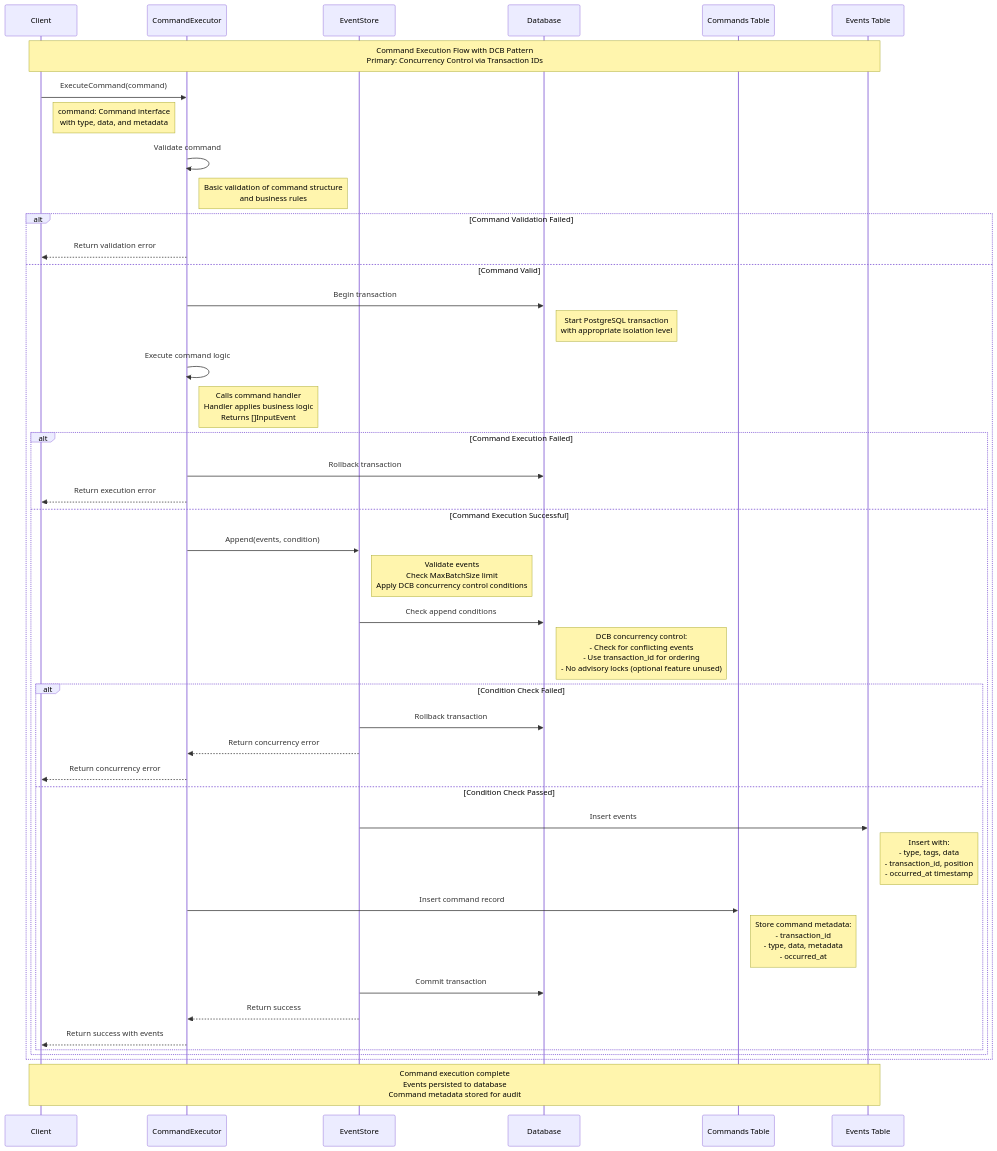
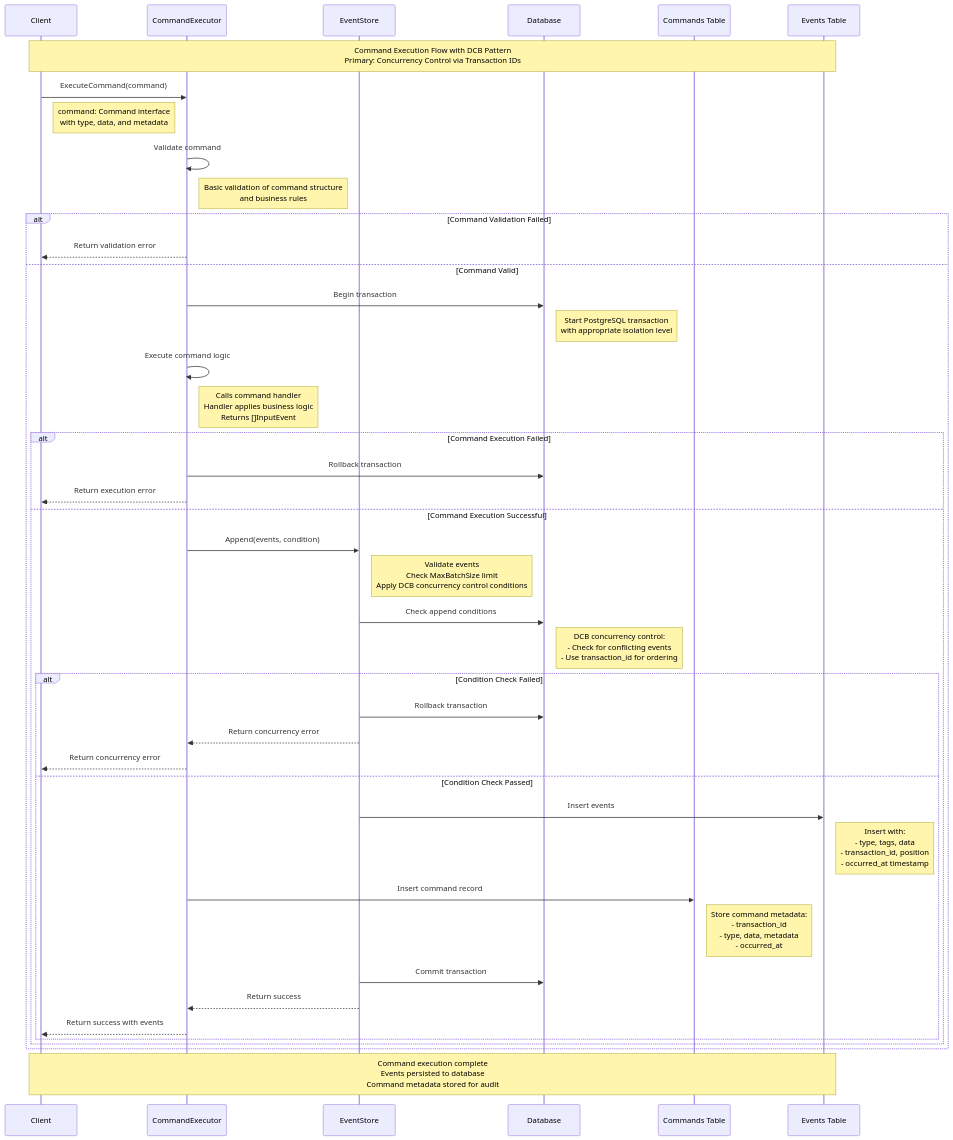
Before and after one commit to rodolfodpk/go-crablet: the diagram in docs/command-execution-flow.md, drawn with Mermaid. The commit also changed other lines of this file and 25 other files, not shown here.

````diff
--- a/docs/command-execution-flow.md
+++ b/docs/command-execution-flow.md
@@ -7,57 +7,57 @@
 ```mermaid
 sequenceDiagram
     participant Client
     participant CommandExecutor
     participant EventStore
     participant Database
     participant Commands Table
     participant Events Table
 
     Note over Client, Events Table: Command Execution Flow with DCB Pattern<br/>Primary: Concurrency Control via Transaction IDs
 
     Client->>CommandExecutor: ExecuteCommand(command)
     Note right of Client: command: Command interface<br/>with type, data, and metadata
 
     CommandExecutor->>CommandExecutor: Validate command
     Note right of CommandExecutor: Basic validation of command structure<br/>and business rules
 
     alt Command Validation Failed
         CommandExecutor-->>Client: Return validation error
     else Command Valid
         CommandExecutor->>Database: Begin transaction
         Note right of Database: Start PostgreSQL transaction<br/>with appropriate isolation level
 
         CommandExecutor->>CommandExecutor: Execute command logic
         Note right of CommandExecutor: Calls command handler<br/>Handler applies business logic<br/>Returns []InputEvent
 
         alt Command Execution Failed
             CommandExecutor->>Database: Rollback transaction
             CommandExecutor-->>Client: Return execution error
         else Command Execution Successful
             CommandExecutor->>EventStore: Append(events, condition)
             Note right of EventStore: Validate events<br/>Check MaxBatchSize limit<br/>Apply DCB concurrency control conditions
 
             EventStore->>Database: Check append conditions
-            Note right of Database: DCB concurrency control:<br/>- Check for conflicting events<br/>- Use transaction_id for ordering<br/>- No advisory locks (optional feature unused)
+            Note right of Database: DCB concurrency control:<br/>- Check for conflicting events<br/>- Use transaction_id for ordering
 
             alt Condition Check Failed
                 EventStore->>Database: Rollback transaction
                 EventStore-->>CommandExecutor: Return concurrency error
                 CommandExecutor-->>Client: Return concurrency error
             else Condition Check Passed
                 EventStore->>Events Table: Insert events
                 Note right of Events Table: Insert with:<br/>- type, tags, data<br/>- transaction_id, position<br/>- occurred_at timestamp
 
                 CommandExecutor->>Commands Table: Insert command record
                 Note right of Commands Table: Store command metadata:<br/>- transaction_id<br/>- type, data, metadata<br/>- occurred_at
 
                 EventStore->>Database: Commit transaction
                 EventStore-->>CommandExecutor: Return success
 
                 CommandExecutor-->>Client: Return success with events
             end
         end
     end
 
     Note over Client, Events Table: Command execution complete<br/>Events persisted to database<br/>Command metadata stored for audit
 ```
````
